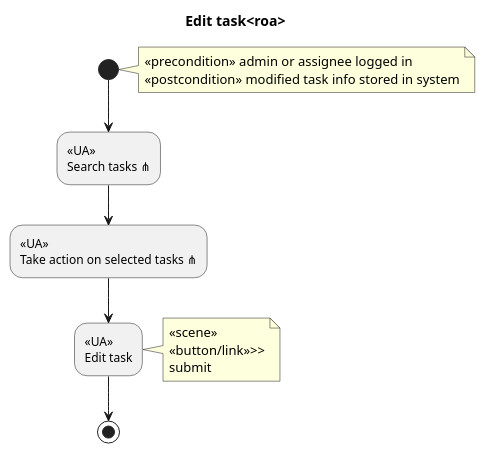
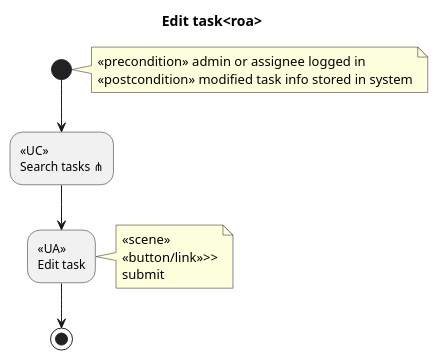
One commit to bzg/bugpile changed diagram 13 of 38 in doc/worg/org-contrib/gsoc2012/student-projects/bugpile/i.org. Above: the diagram before and after it, drawn with PlantUML. The commit also changed other lines of this file and 3 other files, not shown here.

Commit message:
i.org tutorial on worg: software oriented use case diagrams written.

```diff
--- a/doc/worg/org-contrib/gsoc2012/student-projects/bugpile/i.org
+++ b/doc/worg/org-contrib/gsoc2012/student-projects/bugpile/i.org
@@ -820,9 +822,8 @@
 #+begin_src plantuml :file ../../../../images/gsoc/2012/bugpile/edit-task-uml-roa.png 
   title Edit task<roa>
   note right: <<precondition>> admin or assignee logged in\n<<postcondition>> modified task info stored in system
-  (*) --> "<<UA>>\nSearch tasks ⋔" 
-  --> "<<UA>>\nTake action on selected tasks ⋔"
+  (*) --> "<<UC>>\nSearch tasks ⋔" 
   --> "<<UA>>\nEdit task"
   note right: <<scene>>\n<<button/link>>>>\nsubmit
   --> (*)
 #+end_src
```
